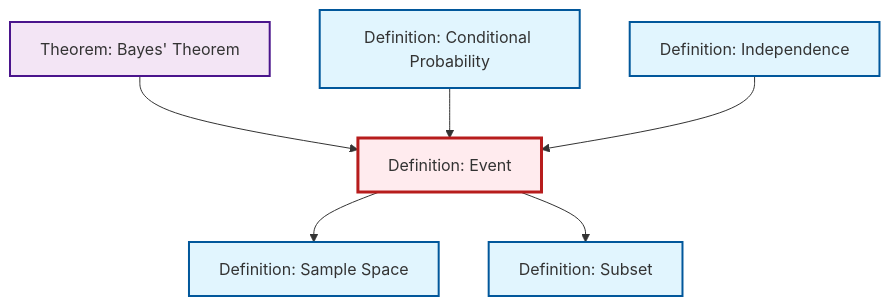
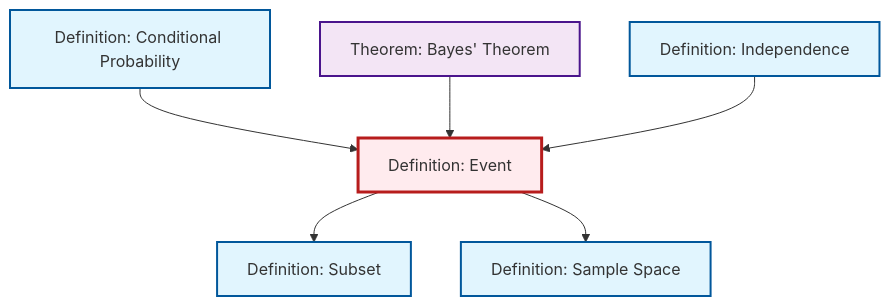
Before and after one commit to RK0429/ModernMath: the diagram in content/en/probability-statistics/def-event.qmd, drawn with Mermaid. The commit also changed other lines of this file and 1069 other files, not shown here.

````diff
--- a/content/en/probability-statistics/def-event.qmd
+++ b/content/en/probability-statistics/def-event.qmd
@@ -69,26 +69,26 @@
 ```{mermaid}
 %%| fig-cap: "Local dependency graph"
 graph TD
     classDef definition fill:#e1f5fe,stroke:#01579b,stroke-width:2px
     classDef theorem fill:#f3e5f5,stroke:#4a148c,stroke-width:2px
     classDef axiom fill:#fff3e0,stroke:#e65100,stroke-width:2px
     classDef example fill:#e8f5e9,stroke:#1b5e20,stroke-width:2px
     classDef current fill:#ffebee,stroke:#b71c1c,stroke-width:3px
+    def-sample-space["Definition: Sample Space"]:::definition
+    def-conditional-probability["Definition: Conditional Probability"]:::definition
     def-event["Definition: Event"]:::definition
-    def-conditional-probability["Definition: Conditional Probability"]:::definition
     thm-bayes["Theorem: Bayes' Theorem"]:::theorem
     def-subset["Definition: Subset"]:::definition
-    def-sample-space["Definition: Sample Space"]:::definition
     def-independence["Definition: Independence"]:::definition
-    thm-bayes --> def-event
-    def-event --> def-sample-space
     def-event --> def-subset
     def-conditional-probability --> def-event
+    def-event --> def-sample-space
+    thm-bayes --> def-event
     def-independence --> def-event
     class def-event current
+    click def-sample-space "def-sample-space.html" "Go to Sample Space definition"
     click def-conditional-probability "def-conditional-probability.html" "Go to Conditional Probability definition"
     click thm-bayes "thm-bayes.html" "Go to Bayes' Theorem theorem"
     click def-subset "def-subset.html" "Go to Subset definition"
-    click def-sample-space "def-sample-space.html" "Go to Sample Space definition"
     click def-independence "def-independence.html" "Go to Independence definition"
 ```
````
